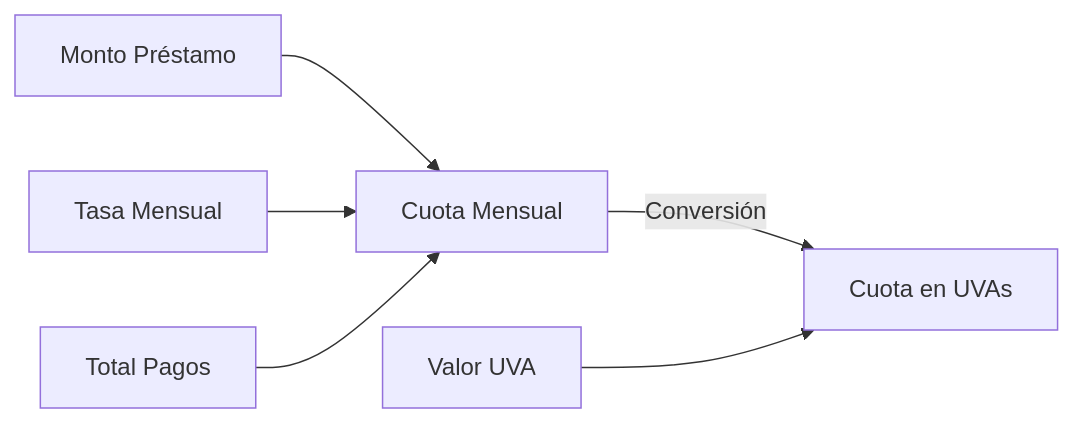
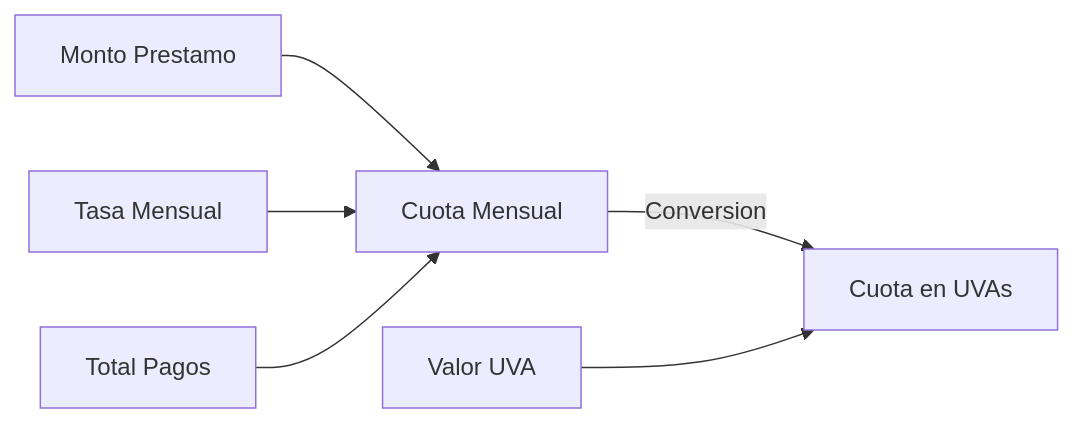
One commit to santiagoblanco22/calculator_dayana changed the second of 14 diagrams in formulas/README.md. Above: the diagram before and after it, drawn with Mermaid. The commit also changed other lines of this file and 3 other files, not shown here.

````diff
--- a/formulas/README.md
+++ b/formulas/README.md
@@ -43,8 +43,8 @@
 ```mermaid
 flowchart LR
-    A[Monto Préstamo] --> D[Cuota Mensual]
+    A[Monto Prestamo] --> D[Cuota Mensual]
     B[Tasa Mensual] --> D
     C[Total Pagos] --> D
-    D -->|Conversión| E[Cuota en UVAs]
+    D -->|Conversion| E[Cuota en UVAs]
     F[Valor UVA] --> E
 ```
````
